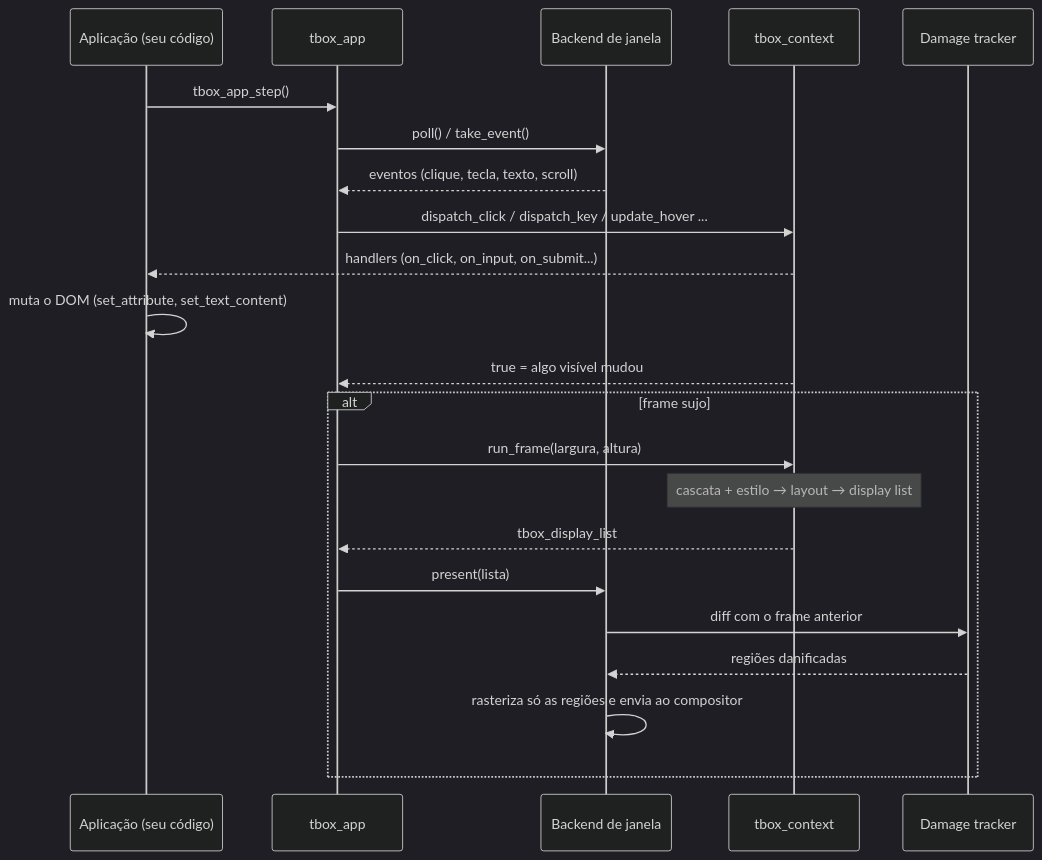
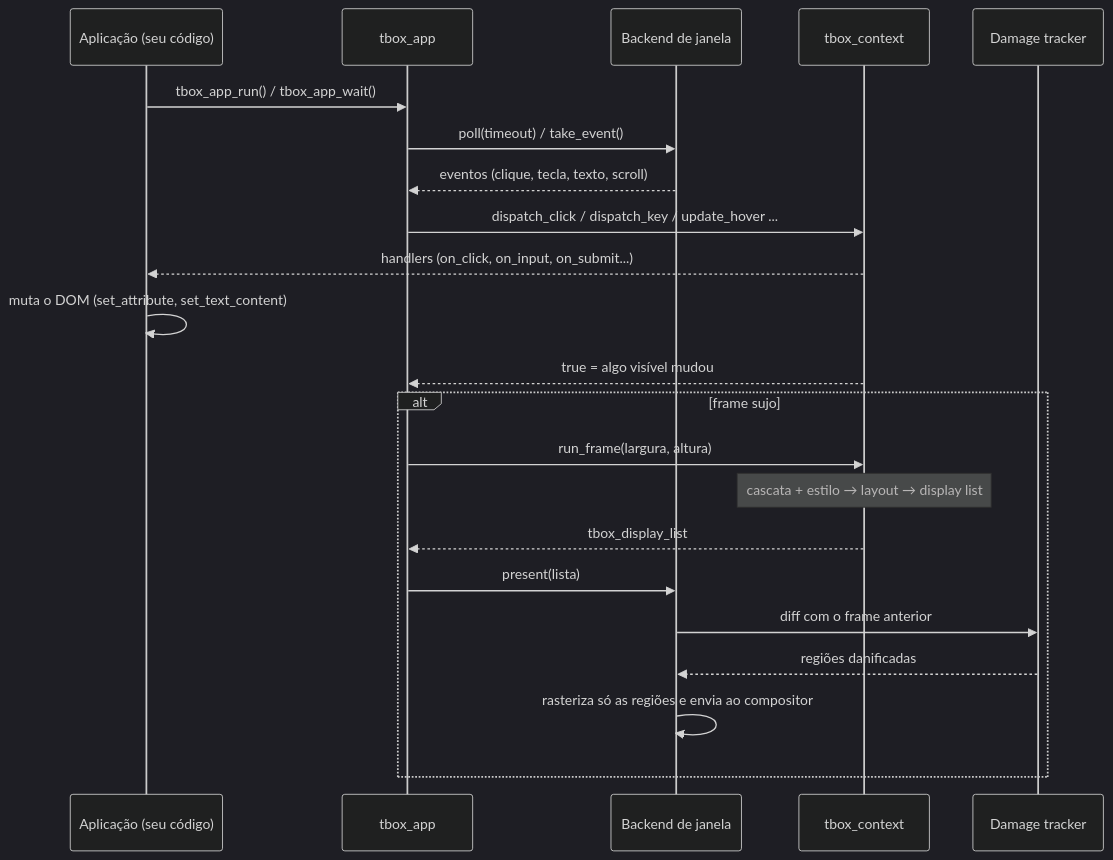
One commit to welldias/tbox-lib changed the second of 5 diagrams in docs/02-arquitetura.md. Above: the diagram before and after it, drawn with Mermaid (dark theme). The commit also changed 62 other files, not shown here.

Commit message:
sleeping app loop, double-buffered wayland output and tbox_app_post

````diff
--- a/docs/02-arquitetura.md
+++ b/docs/02-arquitetura.md
@@ -90,24 +90,24 @@
 ```mermaid
 sequenceDiagram
     participant App as Aplicação (seu código)
     participant TA as tbox_app
     participant B as Backend de janela
     participant C as tbox_context
     participant D as Damage tracker
-    App->>TA: tbox_app_step()
-    TA->>B: poll() / take_event()
+    App->>TA: tbox_app_run() / tbox_app_wait()
+    TA->>B: poll(timeout) / take_event()
     B-->>TA: eventos (clique, tecla, texto, scroll)
     TA->>C: dispatch_click / dispatch_key / update_hover ...
     C-->>App: handlers (on_click, on_input, on_submit...)
     App->>App: muta o DOM (set_attribute, set_text_content)
     C-->>TA: true = algo visível mudou
     alt frame sujo
         TA->>C: run_frame(largura, altura)
         Note over C: cascata + estilo → layout → display list
         C-->>TA: tbox_display_list
         TA->>B: present(lista)
         B->>D: diff com o frame anterior
         D-->>B: regiões danificadas
         B->>B: rasteriza só as regiões e envia ao compositor
     end
 ```
````
